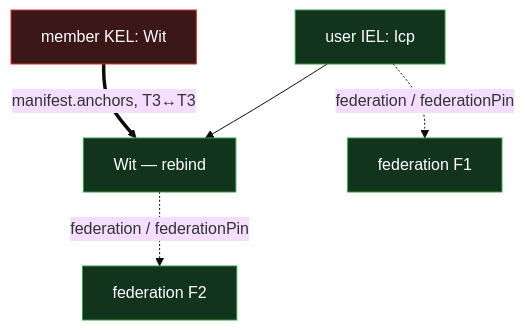
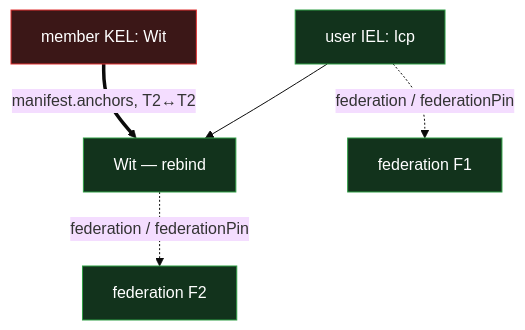
One commit to jasoncolburne/vdti changed the second of 2 diagrams in docs/design/federation/bootstrap.md. Above: the diagram before and after it, drawn with Mermaid (base theme). The commit also changed other lines of this file and 3 other files, not shown here.

````diff
--- a/docs/design/federation/bootstrap.md
+++ b/docs/design/federation/bootstrap.md
@@ -38,12 +38,12 @@
 ```mermaid
 flowchart TB
   uIcp["user IEL: Icp"]:::iel --> uWit["Wit — rebind"]:::iel
   kWit["member KEL: Wit"]:::kel
   F1["federation F1"]:::iel
   F2["federation F2"]:::iel
   uIcp -.->|federation / federationPin| F1
   uWit -.->|federation / federationPin| F2
-  kWit ==>|manifest.anchors, T3↔T3| uWit
+  kWit ==>|manifest.anchors, T2↔T2| uWit
   classDef kel fill:#3b1717,stroke:#e03131,color:#fff
   classDef iel fill:#12331c,stroke:#2f9e44,color:#fff
 ```
````
